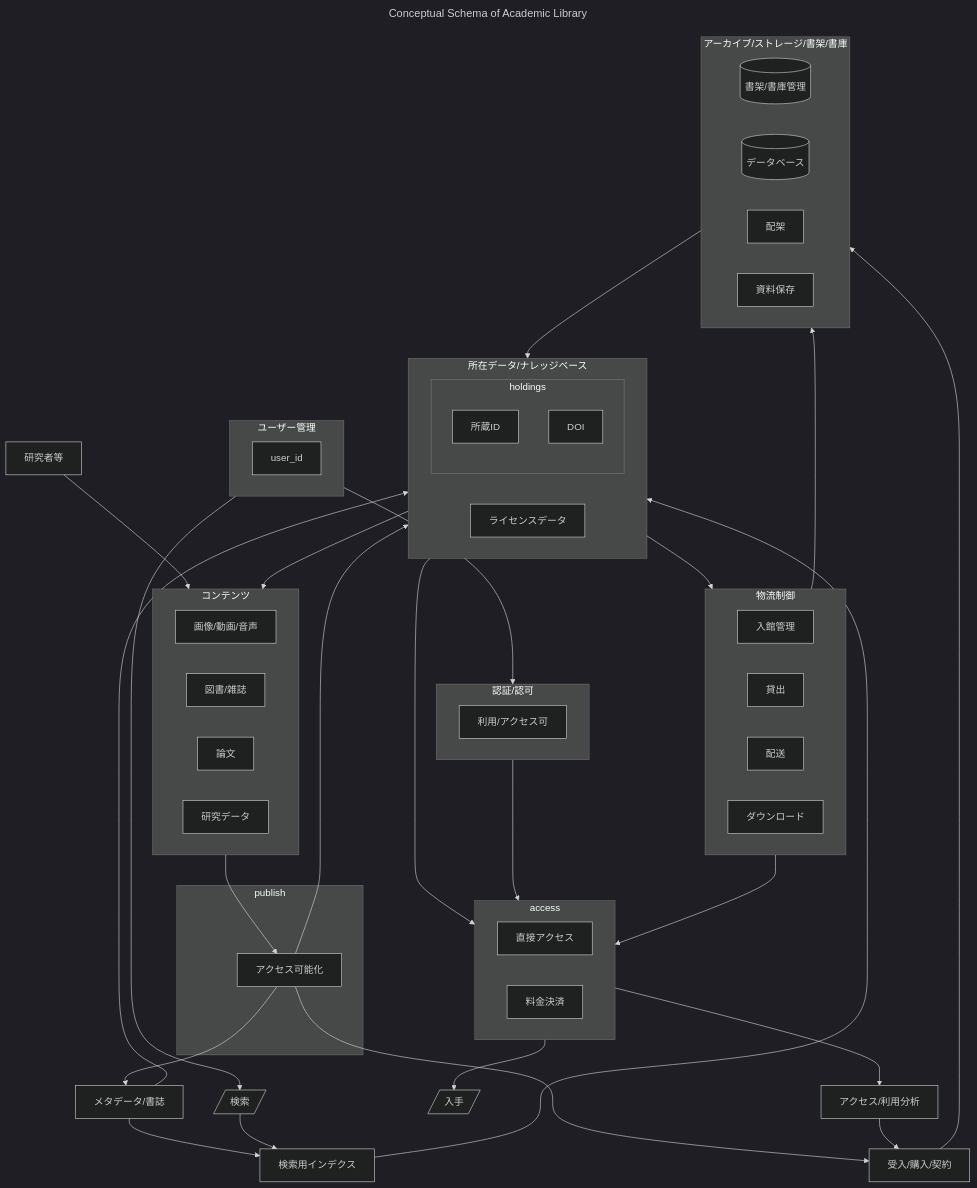
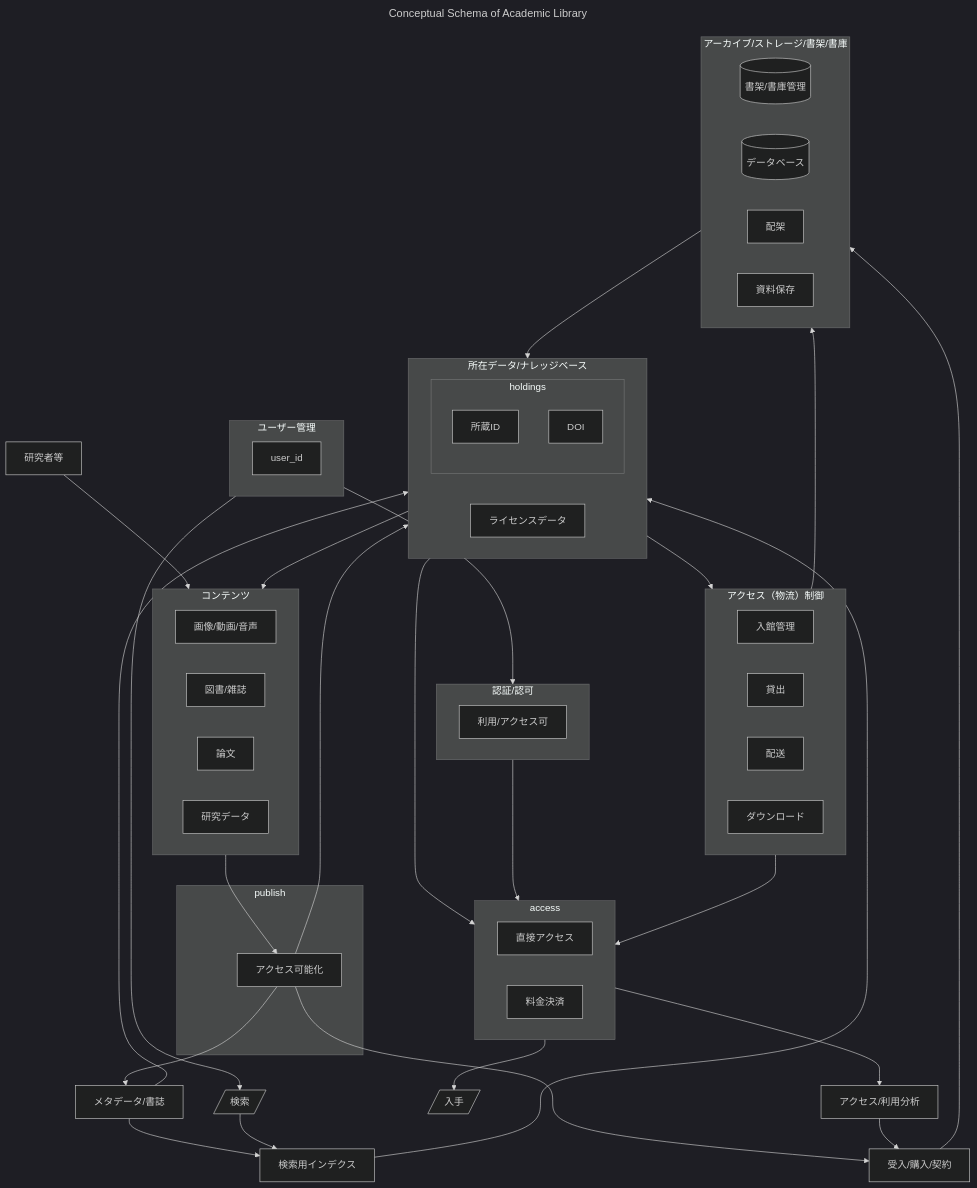
Before and after one commit to wonox/libraryschema: the diagram in README.md, drawn with Mermaid (dark theme). The commit also changed other lines of this file, not shown here.

````diff
--- a/README.md
+++ b/README.md
@@ -6,73 +6,73 @@
 ```mermaid
 ---
 title: Conceptual Schema of Academic Library
 ---
 flowchart TB
 
 licence["ライセンスデータ"]
 fullfilment["受入/購入/契約"]
 metadata["メタデータ/書誌"]
 
 研究者等 --> contents
 contents --> accessible
 accessible --> metadata
 accessible --> kb
 accessible --> fullfilment
 archive --> kb
 fullfilment --> archive
 kb --> contents
 kb --> logistics
 kb --> access
 access --> analyze["アクセス/利用分析"]
 analyze --> fullfilment
 access --> get[/入手/]
 authenticate --> access
 logistics --> access
 logistics --> archive
 metadata --> 検索用インデクス
 metadata --> kb
 検索用インデクス --> kb
 user --> search[/検索/]
 user --> authenticate
 search --> 検索用インデクス
 
 subgraph contents["コンテンツ"]
     画像/動画/音声
     図書/雑誌
     論文
     研究データ
 end
 subgraph publish
    accessible[アクセス可能化]
 end
 subgraph kb["所在データ/ナレッジベース"]
    subgraph holdings
      所蔵ID
      DOI
    end
    licence
 end
 subgraph user["ユーザー管理"]
    user_id
 end
-subgraph logistics["物流制御"]
+subgraph logistics["アクセス（物流）制御"]
    入館管理
    貸出
    配送
    ダウンロード
 end 
 subgraph authenticate["認証/認可"]
    利用/アクセス可
 end
 subgraph access
     直接アクセス
     料金決済
 end 
 subgraph archive["アーカイブ/ストレージ/書架/書庫"]
    stack[(書架/書庫管理)]
    database[(データベース)]
    配架
    資料保存
 end  
 
 ```
````
